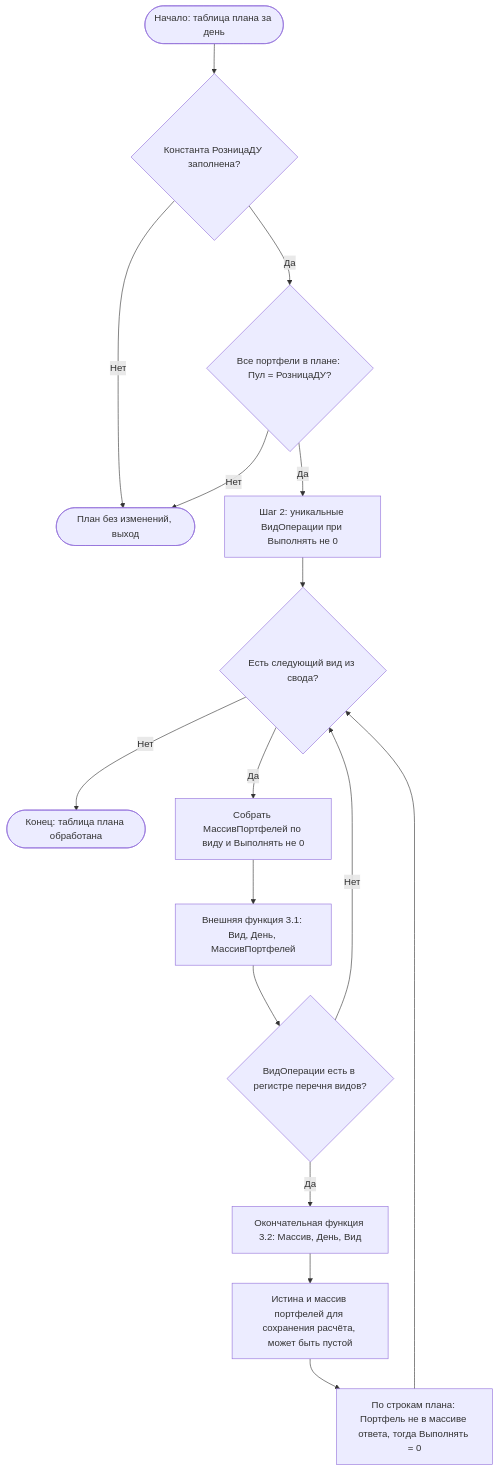
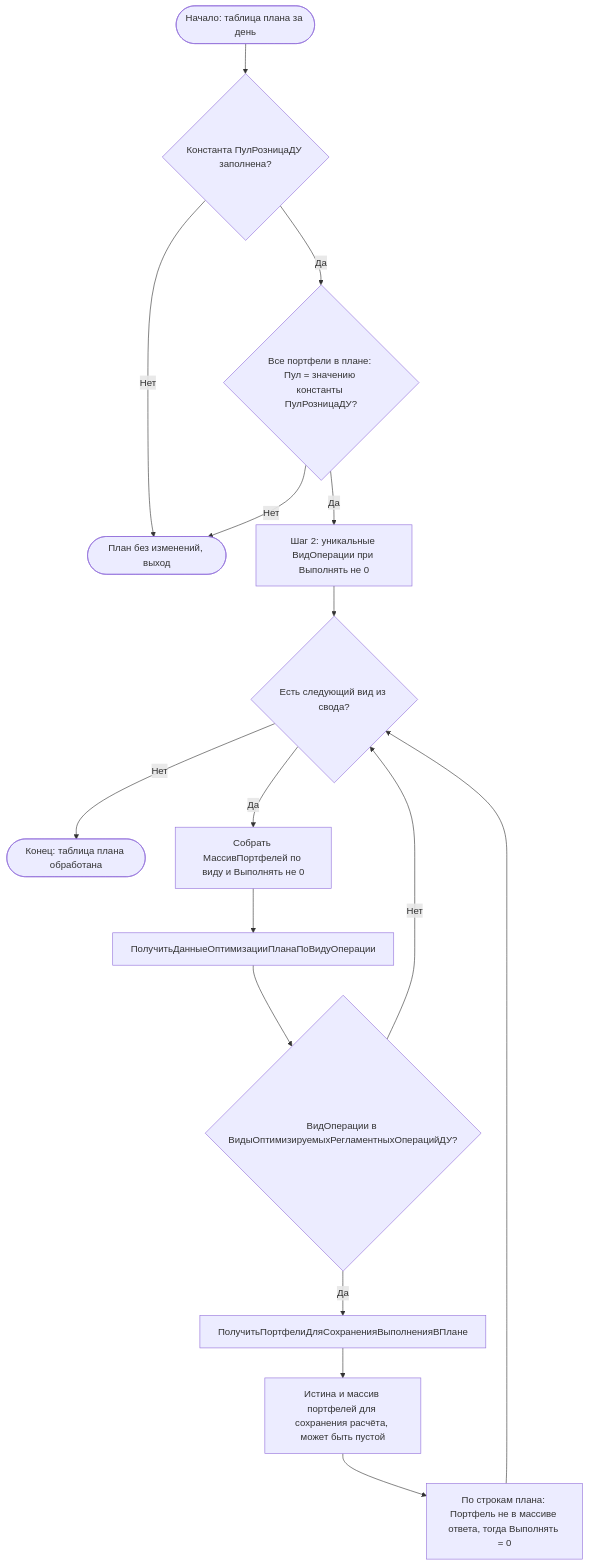
The diagram in bases/WIM_FIn/projects/IMDEV-8641 Оптимизация регламентных операций в ФИН под РДУ/Документация/filter_plan_regl_operations_table_integration.md (mmmmmm786mngb-jpg/WIM_DEV), drawn with Mermaid before and after one commit. The commit also changed other lines of this file and 10 other files, not shown here.

````diff
--- a/bases/WIM_FIn/projects/IMDEV-8641 Оптимизация регламентных операций в ФИН под РДУ/Документация/filter_plan_regl_operations_table_integration.md
+++ b/bases/WIM_FIn/projects/IMDEV-8641 Оптимизация регламентных операций в ФИН под РДУ/Документация/filter_plan_regl_operations_table_integration.md
@@ -51,18 +51,18 @@
 ```mermaid
 flowchart TD
-    A([Начало: таблица плана за день]) --> B{Константа РозницаДУ заполнена?}
+    A([Начало: таблица плана за день]) --> B{Константа ПулРозницаДУ заполнена?}
     B -->|Нет| Z1([План без изменений, выход])
-    B -->|Да| C{Все портфели в плане: Пул = РозницаДУ?}
+    B -->|Да| C{Все портфели в плане: Пул = значению константы ПулРозницаДУ?}
     C -->|Нет| Z1
     C -->|Да| D[Шаг 2: уникальные ВидОперации при Выполнять не 0]
     D --> E{Есть следующий вид из свода?}
     E -->|Нет| Z2([Конец: таблица плана обработана])
     E -->|Да| F[Собрать МассивПортфелей по виду и Выполнять не 0]
-    F --> G[Внешняя функция 3.1: Вид, День, МассивПортфелей]
-    G --> H{ВидОперации есть в регистре перечня видов?}
+    F --> G[ПолучитьДанныеОптимизацииПланаПоВидуОперации]
+    G --> H{ВидОперации в ВидыОптимизируемыхРегламентныхОперацийДУ?}
     H -->|Нет| E
-    H -->|Да| I[Окончательная функция 3.2: Массив, День, Вид]
+    H -->|Да| I[ПолучитьПортфелиДляСохраненияВыполненияВПлане]
     I --> J[Истина и массив портфелей для сохранения расчёта, может быть пустой]
     J --> K[По строкам плана: Портфель не в массиве ответа, тогда Выполнять = 0]
     K --> E
 ```
````
